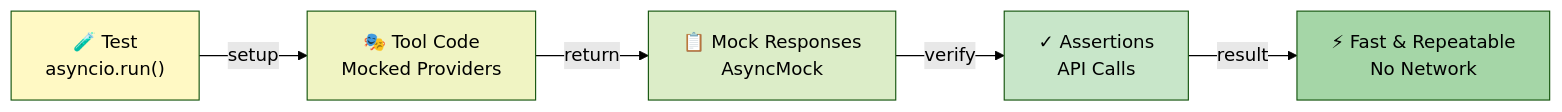
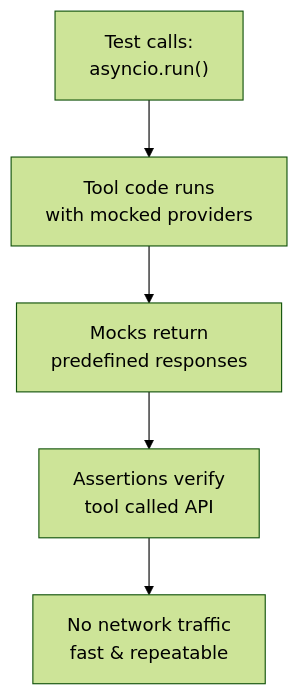
The fifth of 5 diagrams in docs/architecture.md (TamarEngel/jira-github-mcp), drawn with Mermaid (forest theme) before and after one commit. The commit also changed other lines of this file, not shown here.

````diff
--- a/docs/architecture.md
+++ b/docs/architecture.md
@@ -124,13 +123,10 @@
 ```mermaid
-graph LR
-    A["🧪 Test<br/>asyncio.run()"] -->|setup| B["🎭 Tool Code<br/>Mocked Providers"]
-    B -->|return| C["📋 Mock Responses<br/>AsyncMock"]
-    C -->|verify| D["✓ Assertions<br/>API Calls"]
-    D -->|result| E["⚡ Fast & Repeatable<br/>No Network"]
+graph TD
+    A["Test calls:<br/>asyncio.run()"]
+    B["Tool code runs<br/>with mocked providers"]
+    C["Mocks return<br/>predefined responses"]
+    D["Assertions verify<br/>tool called API"]
+    E["No network traffic<br/>fast & repeatable"]
     
-    style A fill:#fff9c4
-    style B fill:#f0f4c3
-    style C fill:#dcedc8
-    style D fill:#c8e6c9
-    style E fill:#a5d6a7
+    A --> B --> C --> D --> E
 ```
````
